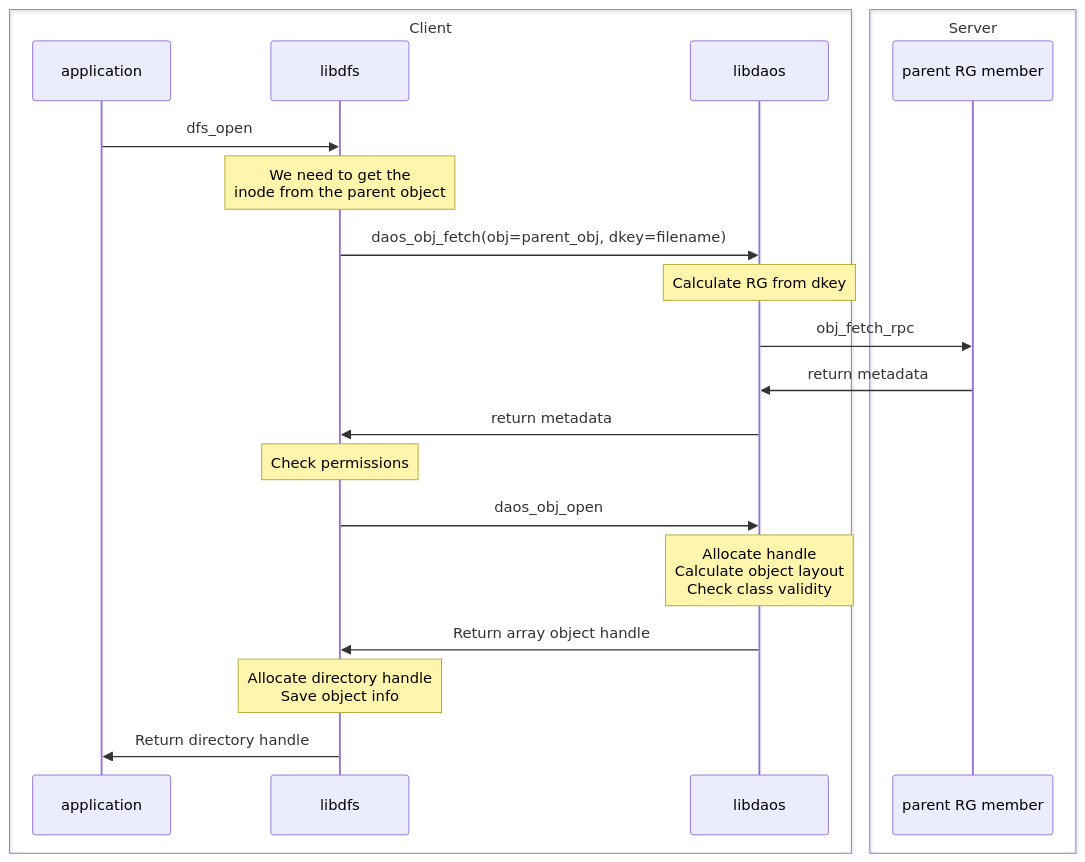
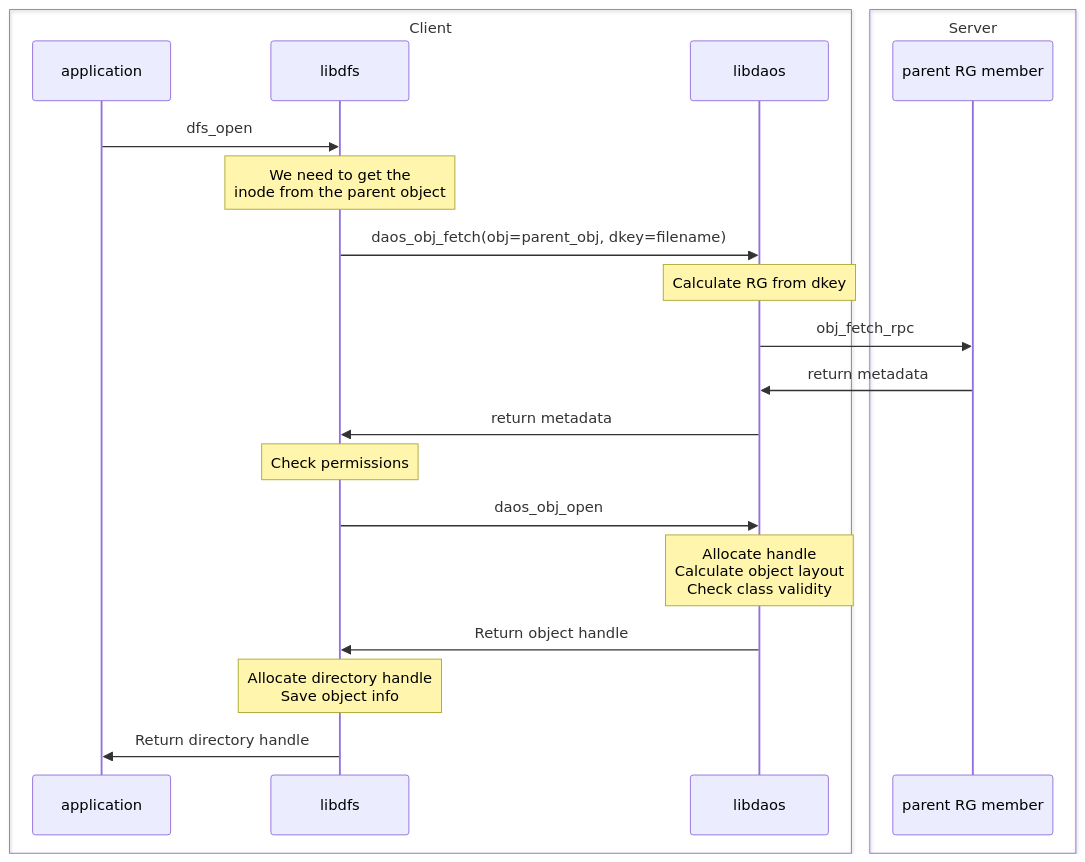
One commit to daos-stack/daos changed the second of 2 diagrams in src/client/dfs/README.md. Above: the diagram before and after it, drawn with Mermaid. The commit also changed other lines of this file and 11 other files, not shown here.

````diff
--- a/src/client/dfs/README.md
+++ b/src/client/dfs/README.md
@@ -286,25 +324,25 @@
 ```mermaid
 sequenceDiagram
     box Client
         participant A as application
         participant B as libdfs
         participant C as libdaos
     end
     box Server
         participant D as parent RG member
     end
 
     A->>B: dfs_open
     Note over B: We need to get the<br/>inode from the parent object
     B->>C: daos_obj_fetch(obj=parent_obj, dkey=filename)
     Note over C: Calculate RG from dkey
     C->>D: obj_fetch_rpc
     D->>C: return metadata
     C->>B: return metadata
     Note over B: Check permissions
     B->>C: daos_obj_open
     Note over C: Allocate handle<br/>Calculate object layout<br/>Check class validity
-    C->>B: Return array object handle
+    C->>B: Return object handle
     Note over B: Allocate directory handle<br/>Save object info
     B->>A: Return directory handle
 ```
````
